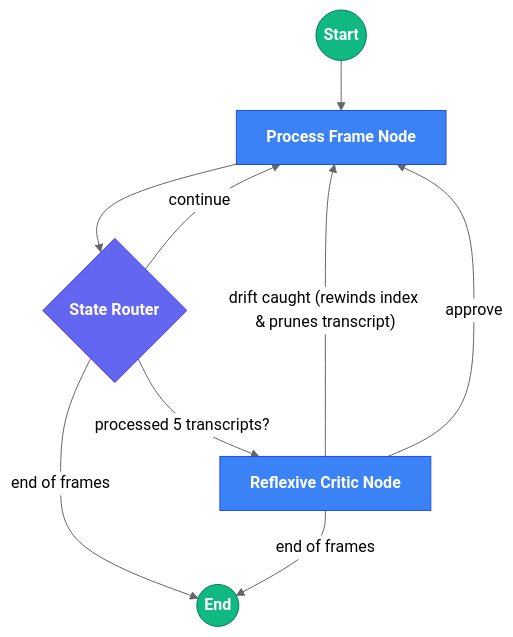
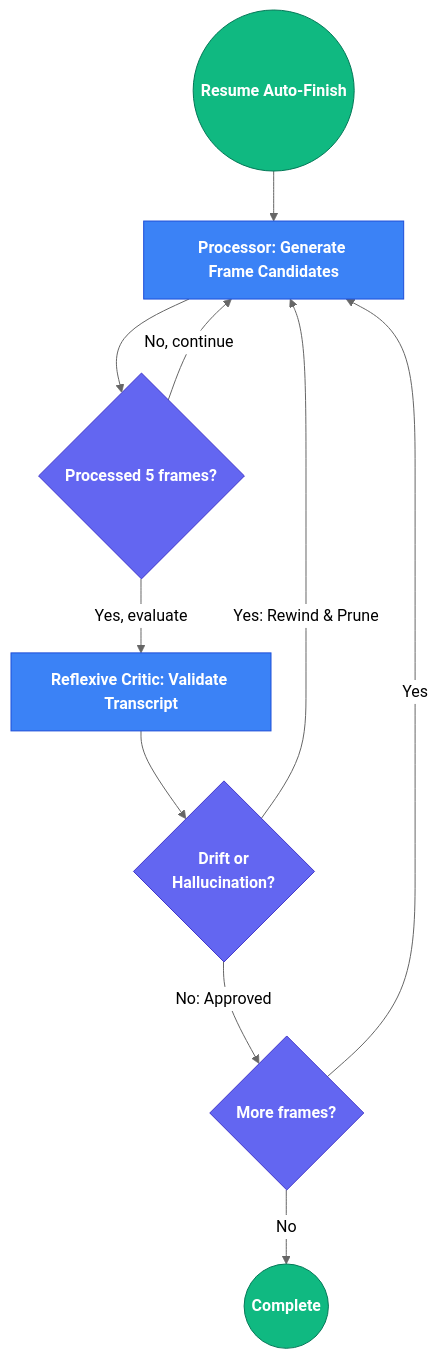
The diagram in README.md (benpiper/unmuted), drawn with Mermaid (neutral theme) before and after one commit. The commit also changed other lines of this file, not shown here.

First line of the commit message:
Clarify README architecture: distinguish planning phase from auto-finish LangGraph phase

````diff
--- a/README.md
+++ b/README.md
@@ -29,29 +52,22 @@
 ```mermaid
 flowchart TD
-    %% Nodes
-    START((Start))
-    process[Process Frame Node]
-    critic[Reflexive Critic Node]
-    router{State Router}
-    END_NODE((End))
+    START((Resume Auto-Finish)) --> process[Processor: Generate Frame Candidates]
+    process --> router{Processed 5 frames?}
+    router -- "No, continue" --> process
+    router -- "Yes, evaluate" --> critic[Reflexive Critic: Validate Transcript]
     
-    %% Flow
-    START --> process
-    process --> router
-    router -- "processed 5 transcripts?" --> critic
-    router -- "continue" --> process
-    router -- "end of frames" --> END_NODE
-    
-    critic -- "drift caught (rewinds index & prunes transcript)" --> process
-    critic -- "approve" --> process
-    critic -- "end of frames" --> END_NODE
+    critic --> check{Drift or<br/>Hallucination?}
+    check -- "Yes: Rewind & Prune" --> process
+    check -- "No: Approved" --> more{More frames?}
+    more -- "Yes" --> process
+    more -- "No" --> END((Complete))
     
     classDef default fill:#1E293B,stroke:#94A3B8,color:#F8FAFC
     classDef node fill:#3B82F6,stroke:#1D4ED8,color:#FFF,font-weight:bold
     classDef decision fill:#6366F1,stroke:#4338CA,color:#FFF
     classDef terminal fill:#10B981,stroke:#047857,color:#FFF
     
-    class START,END_NODE terminal
+    class START,END terminal
     class process,critic node
-    class router decision
+    class router,check,more decision
 ```
````
